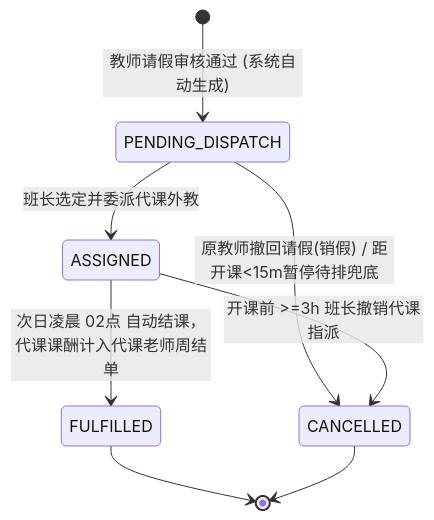
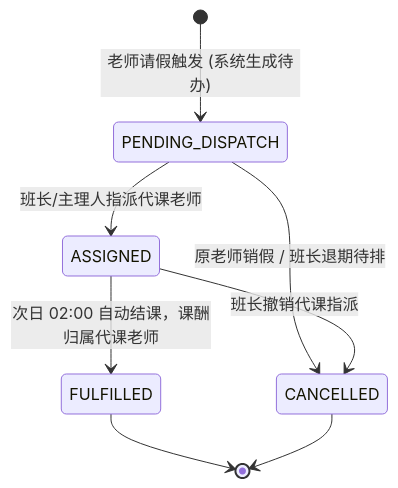
Before and after one commit to Onezao/dream: the first of 2 diagrams in docs/prd/m3b_attendance_substitution.md, drawn with Mermaid. The commit also changed other lines of this file and 37 other files, not shown here.

````diff
--- a/docs/prd/m3b_attendance_substitution.md
+++ b/docs/prd/m3b_attendance_substitution.md
@@ -244,10 +103,10 @@
 ```mermaid
 stateDiagram-v2
-    [*] --> PENDING_DISPATCH: 教师请假审核通过 (系统自动生成)
-    PENDING_DISPATCH --> ASSIGNED: 班长选定并委派代课外教
-    PENDING_DISPATCH --> CANCELLED: 原教师撤回请假(销假) / 距开课<15m暂停待排兜底
-    ASSIGNED --> CANCELLED: 开课前 >=3h 班长撤销代课指派
-    ASSIGNED --> FULFILLED: 次日凌晨 02点 自动结课，代课课酬计入代课老师周结单
+    [*] --> PENDING_DISPATCH: 老师请假触发 (系统生成待办)
+    PENDING_DISPATCH --> ASSIGNED: 班长/主理人指派代课老师
+    PENDING_DISPATCH --> CANCELLED: 原老师销假 / 班长退期待排
+    ASSIGNED --> CANCELLED: 班长撤销代课指派
+    ASSIGNED --> FULFILLED: 次日 02:00 自动结课，课酬归属代课老师
     FULFILLED --> [*]
     CANCELLED --> [*]
 ```
````
